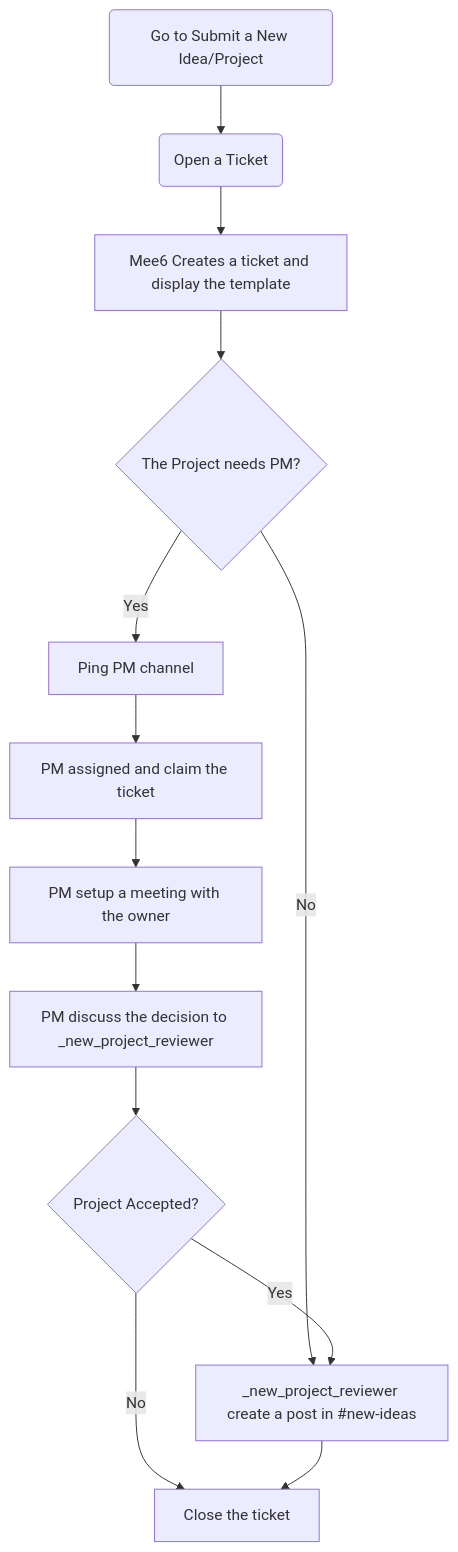
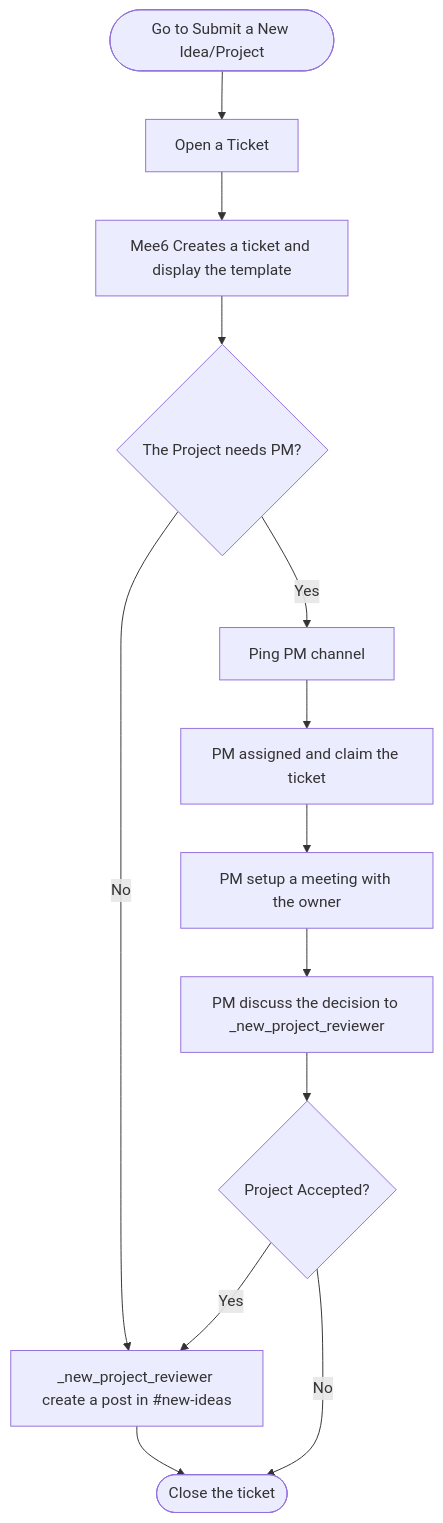
Before and after one commit to mudssrali/TFP-policy: the second of 3 diagrams in README.md, drawn with Mermaid. The commit also changed other lines of this file, not shown here.

````diff
--- a/README.md
+++ b/README.md
@@ -19,12 +19,11 @@
 ```mermaid
 flowchart TD
-    A(Go to Submit a New Idea/Project) --> B(Open a Ticket)
+    A([Go to Submit a New Idea/Project]) --> B[Open a Ticket]
     B --> C[Mee6 Creates a ticket and display the template]
     C --> D{The Project needs PM?}
     D -->|Yes| E[Ping PM channel] --> H[PM assigned and claim the ticket] --> I[PM setup a meeting with the owner] --> J[PM discuss the decision to _new_project_reviewer]
     D --> |No| F[_new_project_reviewer create a post in #new-ideas]
     J --> L{Project Accepted?} --> |Yes| F
+    F --> G([Close the ticket])
     L --> |No| G
-    F --> G[Close the ticket]
-
 ```
````
